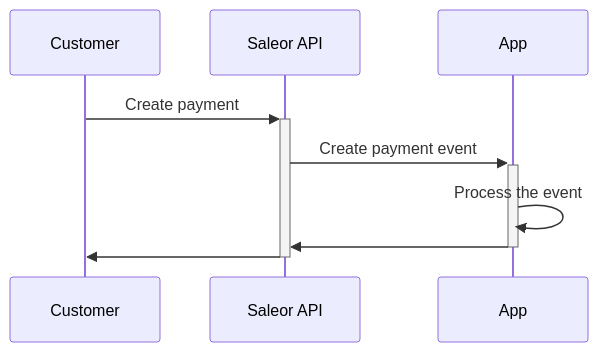
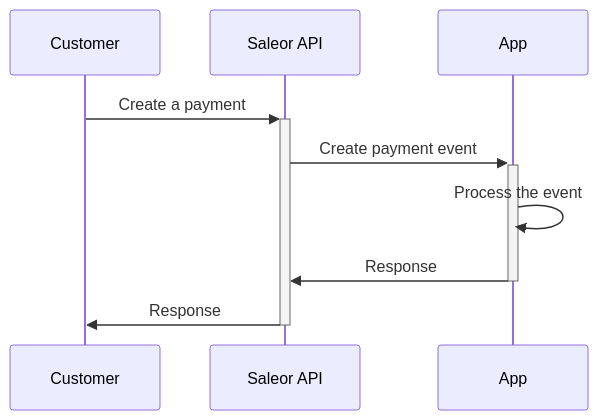
One commit to saleor/saleor-docs changed the third of 5 diagrams in docs/developer/extending/apps/architecture/communication-between-app-and-saleor.mdx. Above: the diagram before and after it, drawn with Mermaid. The commit also changed other lines of this file, not shown here.

````diff
--- a/docs/developer/extending/apps/architecture/communication-between-app-and-saleor.mdx
+++ b/docs/developer/extending/apps/architecture/communication-between-app-and-saleor.mdx
@@ -69,13 +73,13 @@
 ```mermaid
 sequenceDiagram
     participant c as Customer
     participant s as Saleor API
     participant a as App
 
 
-    c ->>+ s: Create payment
+    c ->>+ s: Create a payment
     s ->>+ a: Create payment event
     a ->> a: Process the event
-    a ->>- s:
-    s ->>- c:
+    a ->>- s: Response
+    s ->>- c: Response
 ```
````
